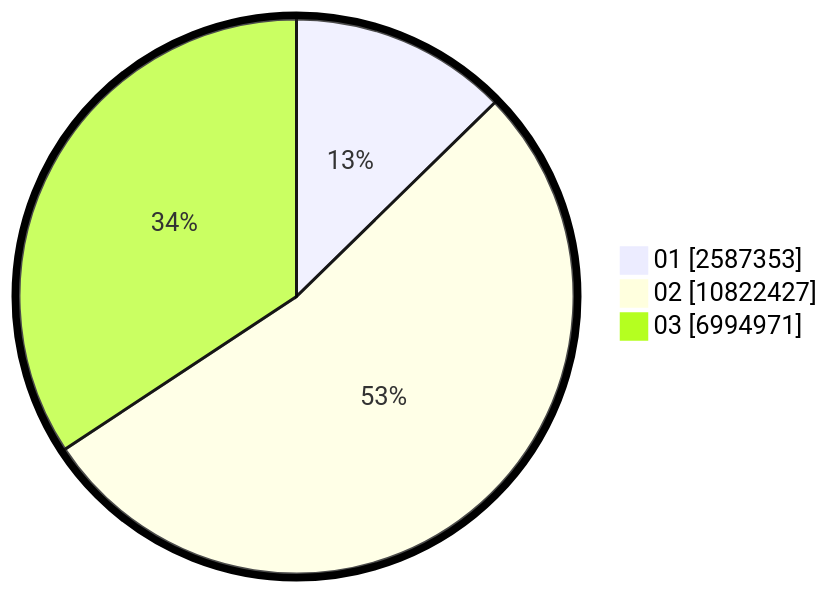
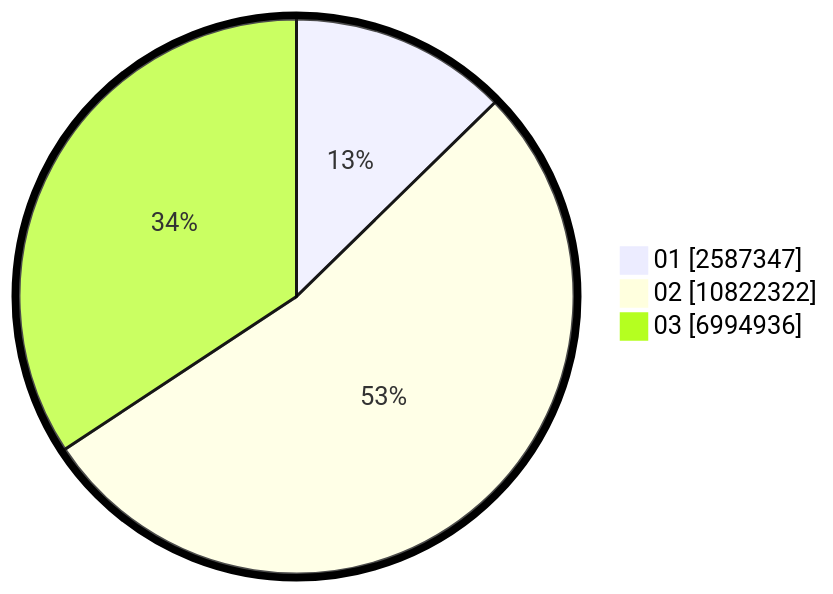
Before and after one commit to gigit-pemilu/pemilu-2024: the second of 2 diagrams in pilpres/hitung-suara/sub/table-wilayah-33.md, drawn with Mermaid. The commit also changed other lines of this file and 10 other files, not shown here.

````diff
--- a/pilpres/hitung-suara/sub/table-wilayah-33.md
+++ b/pilpres/hitung-suara/sub/table-wilayah-33.md
@@ -15,7 +15,7 @@
 ```mermaid
 %%{init: {"pie": {"textPosition": 0.5}, "themeVariables": {"pieOuterStrokeWidth": "5px"}} }%%
 pie showData
-    "01" : 2587353
-    "02" : 10822427
-    "03" : 6994971
+    "01" : 2587347
+    "02" : 10822322
+    "03" : 6994936
 ```
````
